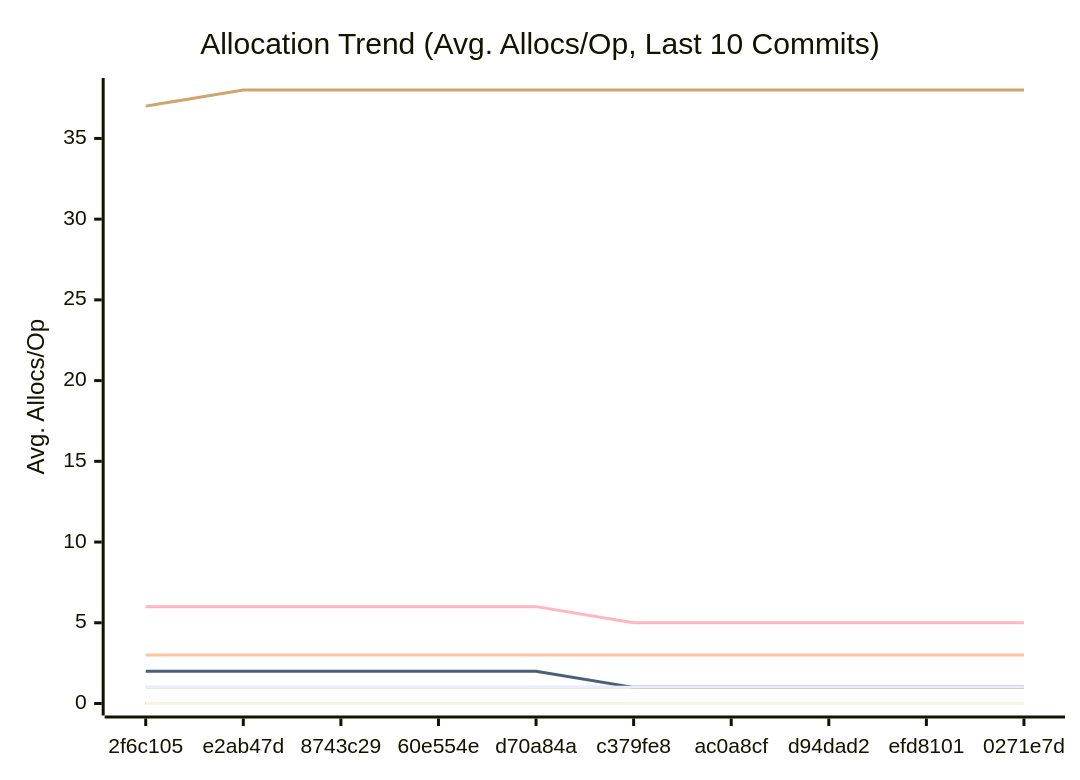
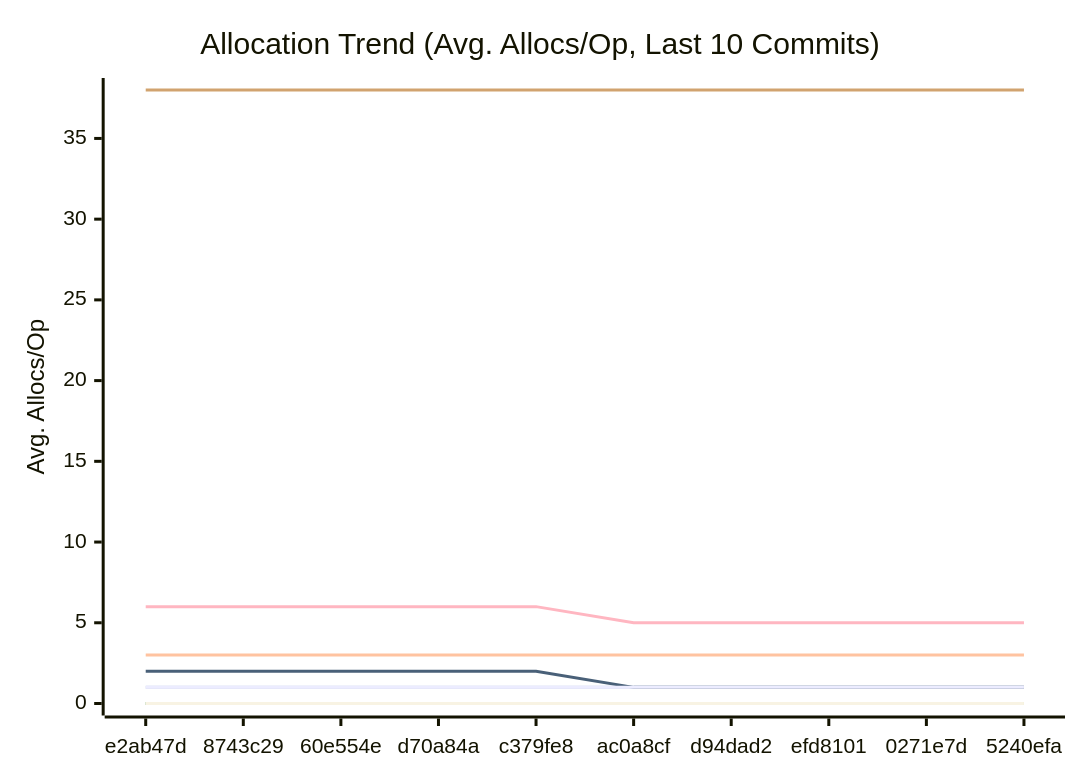
One commit to alsotoes/momo changed the third of 3 diagrams in docs/PERFORMANCE.md. Above: the diagram before and after it, drawn with Mermaid. The commit also changed other lines of this file and 3 other files, not shown here.

````diff
--- a/docs/PERFORMANCE.md
+++ b/docs/PERFORMANCE.md
@@ -176,18 +176,18 @@
 ```mermaid
 xychart-beta
     title "Allocation Trend (Avg. Allocs/Op, Last 10 Commits)"
     x-axis "Commit"
     y-axis "Avg. Allocs/Op"
-    x-axis [2f6c105,e2ab47d,8743c29,60e554e,d70a84a,c379fe8,ac0a8cf,d94dad2,efd8101,0271e7d]
+    x-axis [e2ab47d,8743c29,60e554e,d70a84a,c379fe8,ac0a8cf,d94dad2,efd8101,0271e7d,5240efa]
     line "CheckMetricsAndSwap" [0,0,0,0,0,0,0,0,0,0]
     line "CrushOptimized" [0,0,0,0,0,0,0,0,0,0]
     line "CrushOriginal" [3,3,3,3,3,3,3,3,3,3]
     line "IndexDirectTracking" [0,0,0,0,0,0,0,0,0,0]
     line "IndexSearch" [0,0,0,0,0,0,0,0,0,0]
-    line "LoadGlobalConfig" [37,38,38,38,38,38,38,38,38,38]
+    line "LoadGlobalConfig" [38,38,38,38,38,38,38,38,38,38]
     line "PadString" [1,1,1,1,1,1,1,1,1,1]
     line "ParseReplicationOrder_NoPrealloc" [6,6,6,6,6,5,5,5,5,5]
     line "ParseReplicationOrder_Prealloc" [2,2,2,2,2,1,1,1,1,1]
     line "SanitizeLog/Safe" [0,0,0,0,0,0,0,0,0,0]
     line "SanitizeLog/Unsafe" [1,1,1,1,1,1,1,1,1,1]
 ```
````
